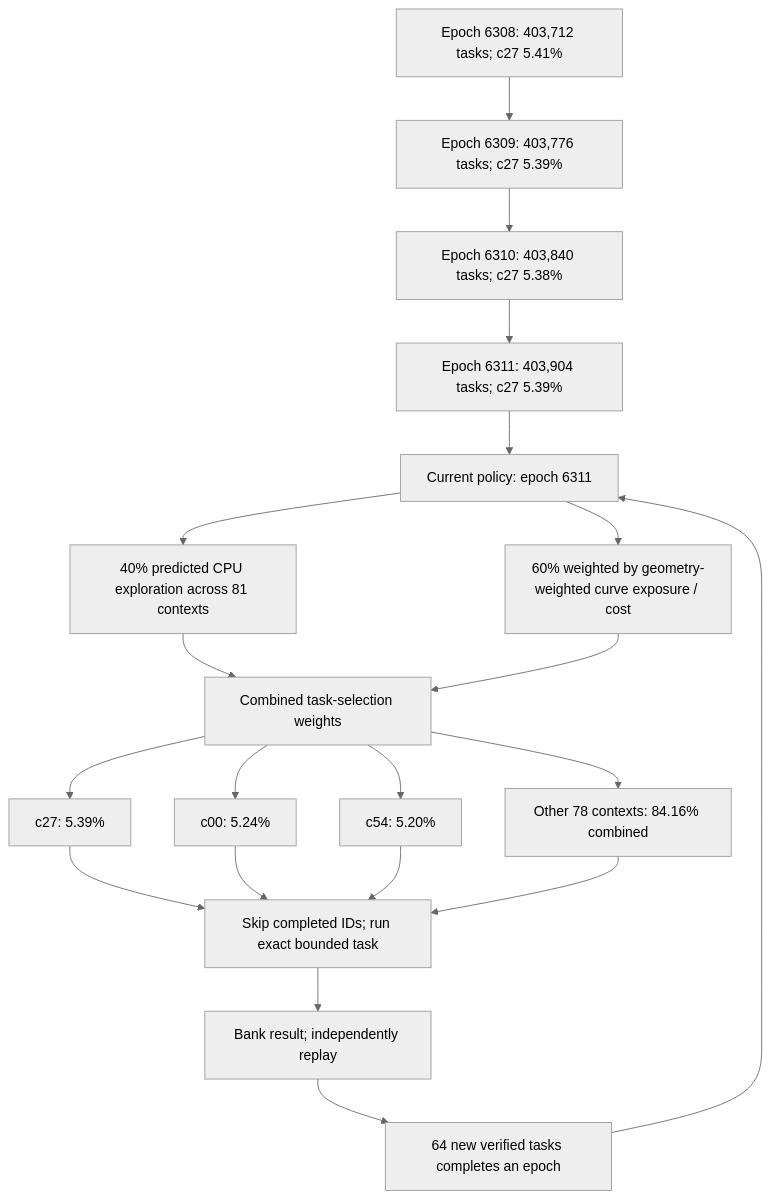
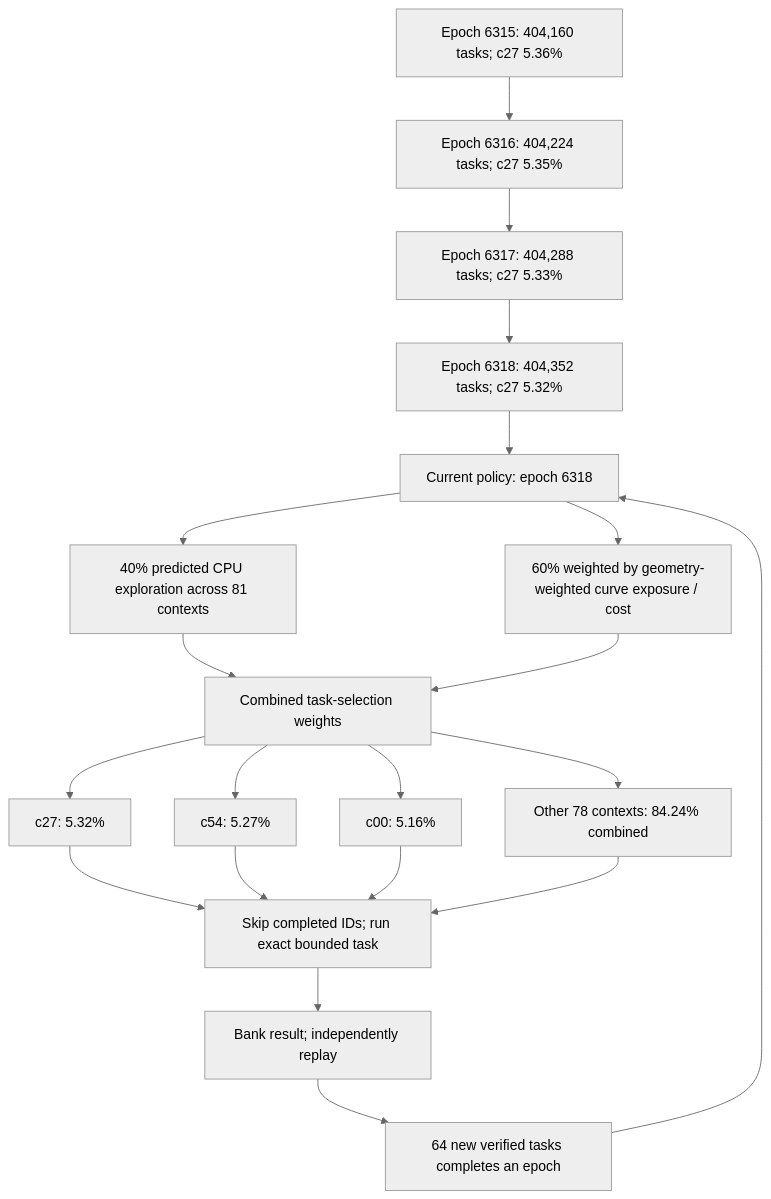
The first of 4 diagrams in README.md (Kuberwastaken/math-gambling), drawn with Mermaid (neutral theme) before and after one commit. The commit also changed other lines of this file and 1459 other files, not shown here.

````diff
--- a/README.md
+++ b/README.md
@@ -60,27 +60,27 @@
 ```mermaid
 flowchart TD
-    H0["Epoch 6308: 403,712 tasks; c27 5.41%"]
-    H1["Epoch 6309: 403,776 tasks; c27 5.39%"]
+    H0["Epoch 6315: 404,160 tasks; c27 5.36%"]
+    H1["Epoch 6316: 404,224 tasks; c27 5.35%"]
     H0 --> H1
-    H2["Epoch 6310: 403,840 tasks; c27 5.38%"]
+    H2["Epoch 6317: 404,288 tasks; c27 5.33%"]
     H1 --> H2
-    H3["Epoch 6311: 403,904 tasks; c27 5.39%"]
+    H3["Epoch 6318: 404,352 tasks; c27 5.32%"]
     H2 --> H3
-    Policy["Current policy: epoch 6311"]
+    Policy["Current policy: epoch 6318"]
     H3 --> Policy
     Policy --> Explore["40% predicted CPU exploration across 81 contexts"]
     Policy --> Cost["60% weighted by geometry-weighted curve exposure / cost"]
     Explore --> Mix["Combined task-selection weights"]
     Cost --> Mix
-    Mix --> C0["c27: 5.39%"]
-    Mix --> C1["c00: 5.24%"]
-    Mix --> C2["c54: 5.20%"]
-    Mix --> Rest["Other 78 contexts: 84.16% combined"]
+    Mix --> C0["c27: 5.32%"]
+    Mix --> C1["c54: 5.27%"]
+    Mix --> C2["c00: 5.16%"]
+    Mix --> Rest["Other 78 contexts: 84.24% combined"]
     C0 --> Check["Skip completed IDs; run exact bounded task"]
     C1 --> Check
     C2 --> Check
     Rest --> Check
     Check --> Replay["Bank result; independently replay"]
     Replay --> Gate["64 new verified tasks completes an epoch"]
     Gate --> Policy
 ```
````
